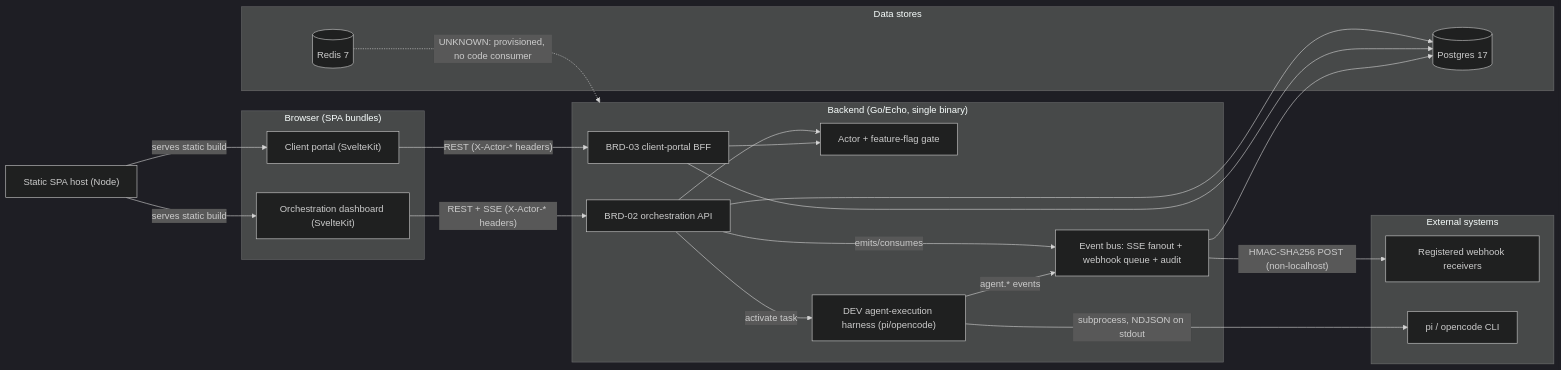
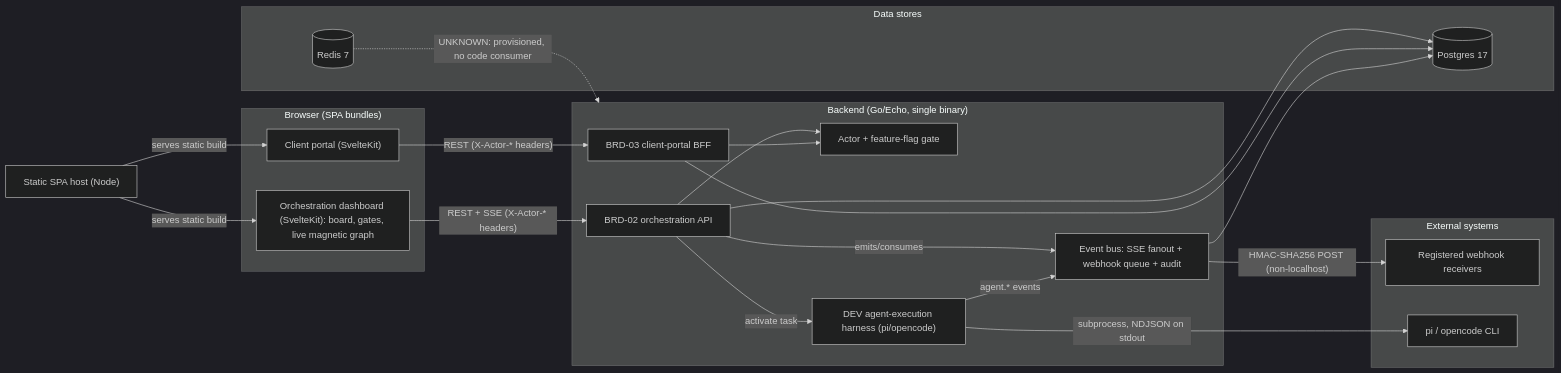
Before and after one commit to shakilbd009/agent-orchestrator: the diagram in ARCHITECTURE.md, drawn with Mermaid (dark theme). The commit also changed other lines of this file and 8 other files, not shown here.

First line of the commit message:
feat(magnetic): port living-graph engine + drive it from the live SSE stream (Phase D)

````diff
--- a/ARCHITECTURE.md
+++ b/ARCHITECTURE.md
@@ -11,45 +11,45 @@
 ```mermaid
 flowchart LR
     subgraph Browser["Browser (SPA bundles)"]
-        orchestration-ui["Orchestration dashboard (SvelteKit)"]
+        orchestration-ui["Orchestration dashboard (SvelteKit): board, gates, live magnetic graph"]
         client-portal-ui["Client portal (SvelteKit)"]
     end
 
     frontend-shell["Static SPA host (Node)"]
 
     subgraph Backend["Backend (Go/Echo, single binary)"]
         orchestration-api["BRD-02 orchestration API"]
         client-portal-bff["BRD-03 client-portal BFF"]
         auth-gate["Actor + feature-flag gate"]
         event-bus["Event bus: SSE fanout + webhook queue + audit"]
         agent-harness-dev["DEV agent-execution harness (pi/opencode)"]
     end
 
     subgraph Data["Data stores"]
         postgres[("Postgres 17")]
         redis[("Redis 7")]
     end
 
     subgraph External["External systems"]
         webhook-egress["Registered webhook receivers"]
         agent-runtime-dev["pi / opencode CLI"]
     end
 
     frontend-shell -->|serves static build| orchestration-ui
     frontend-shell -->|serves static build| client-portal-ui
     orchestration-ui -->|"REST + SSE (X-Actor-* headers)"| orchestration-api
     client-portal-ui -->|"REST (X-Actor-* headers)"| client-portal-bff
 
     orchestration-api --> auth-gate
     client-portal-bff --> auth-gate
     orchestration-api --> postgres
     client-portal-bff --> postgres
     orchestration-api -->|emits/consumes| event-bus
     event-bus --> postgres
     event-bus -->|"HMAC-SHA256 POST (non-localhost)"| webhook-egress
     orchestration-api -->|activate task| agent-harness-dev
     agent-harness-dev -->|"subprocess, NDJSON on stdout"| agent-runtime-dev
     agent-harness-dev -->|agent.* events| event-bus
 
     redis -.->|"UNKNOWN: provisioned, no code consumer"| Backend
 ```
````
